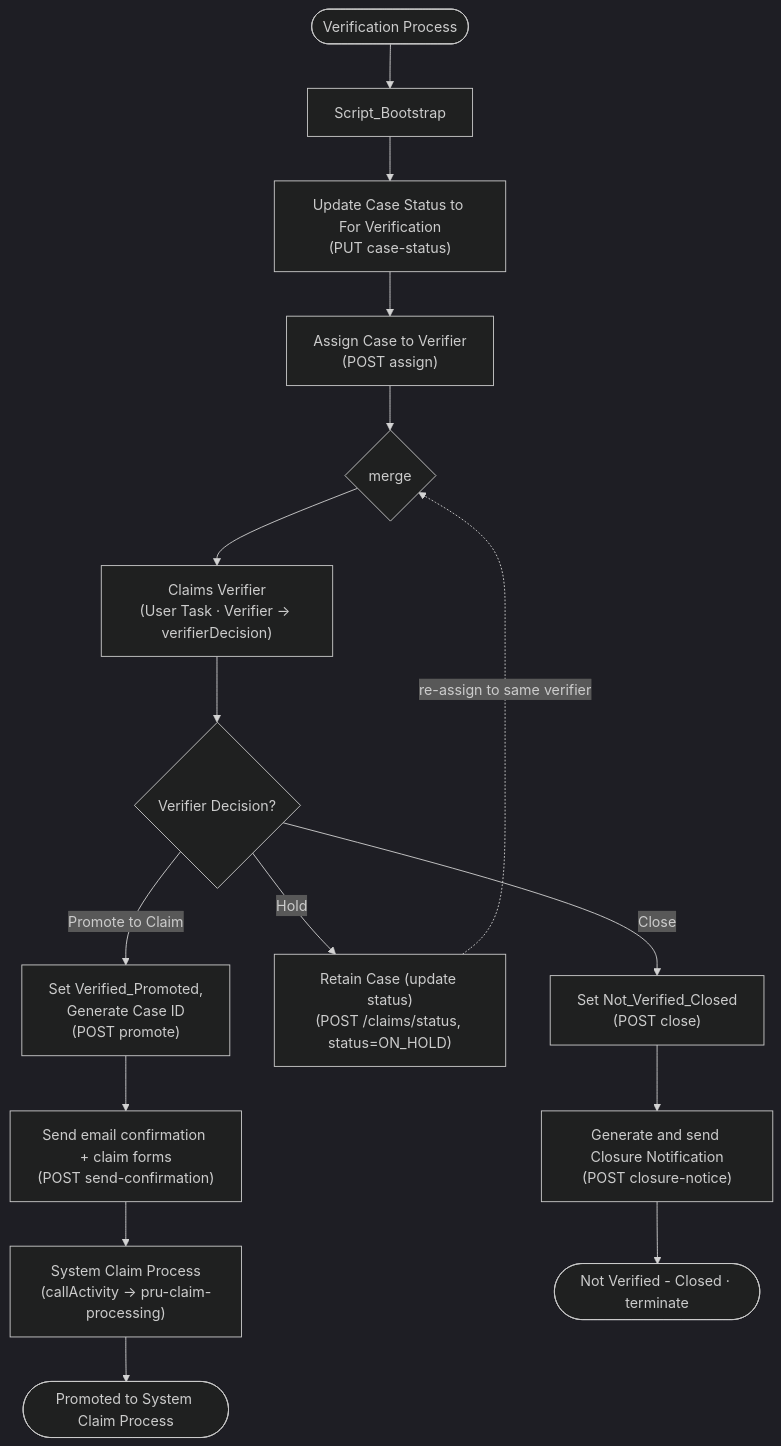
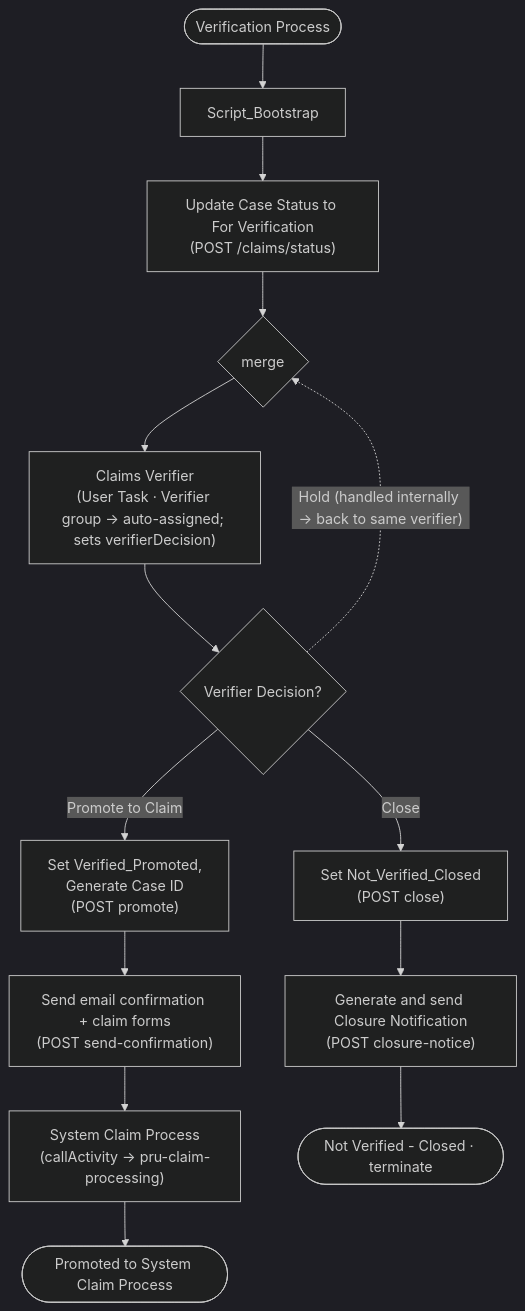
The second of 2 diagrams in docs/pru_claim_verification_solution.md (Avinashkumar8694/prudential-claims-bpm), drawn with Mermaid (dark theme) before and after one commit. The commit also changed other lines of this file and 4 other files, not shown here.

````diff
--- a/docs/pru_claim_verification_solution.md
+++ b/docs/pru_claim_verification_solution.md
@@ -95,21 +94,19 @@
 ```mermaid
 graph TD
     START([Verification Process]) --> BOOT[Script_Bootstrap]
-    BOOT --> ST["Update Case Status to For Verification<br/>(PUT case-status)"]
-    ST --> AS["Assign Case to Verifier<br/>(POST assign)"]
-    AS --> MG{merge}
-    MG --> DC["Claims Verifier<br/>(User Task · Verifier → verifierDecision)"]
+    BOOT --> ST["Update Case Status to For Verification<br/>(POST /claims/status)"]
+    ST --> MG{merge}
+    MG --> DC["Claims Verifier<br/>(User Task · Verifier group → auto-assigned; sets verifierDecision)"]
     DC --> GW{Verifier Decision?}
 
     GW -- "Promote to Claim" --> PR["Set Verified_Promoted,<br/>Generate Case ID<br/>(POST promote)"]
     PR --> SC["Send email confirmation + claim forms<br/>(POST send-confirmation)"]
     SC --> SYS["System Claim Process<br/>(callActivity → pru-claim-processing)"]
     SYS --> EP([Promoted to System Claim Process])
 
-    GW -- "Hold" --> HO["Retain Case (update status)<br/>(POST /claims/status, status=ON_HOLD)"]
-    HO -. "re-assign to same verifier" .-> MG
+    GW -. "Hold (handled internally → back to same verifier)" .-> MG
 
     GW -- "Close" --> CL["Set Not_Verified_Closed<br/>(POST close)"]
     CL --> CN["Generate and send Closure Notification<br/>(POST closure-notice)"]
     CN --> EC([Not Verified - Closed · terminate])
 ```
````
